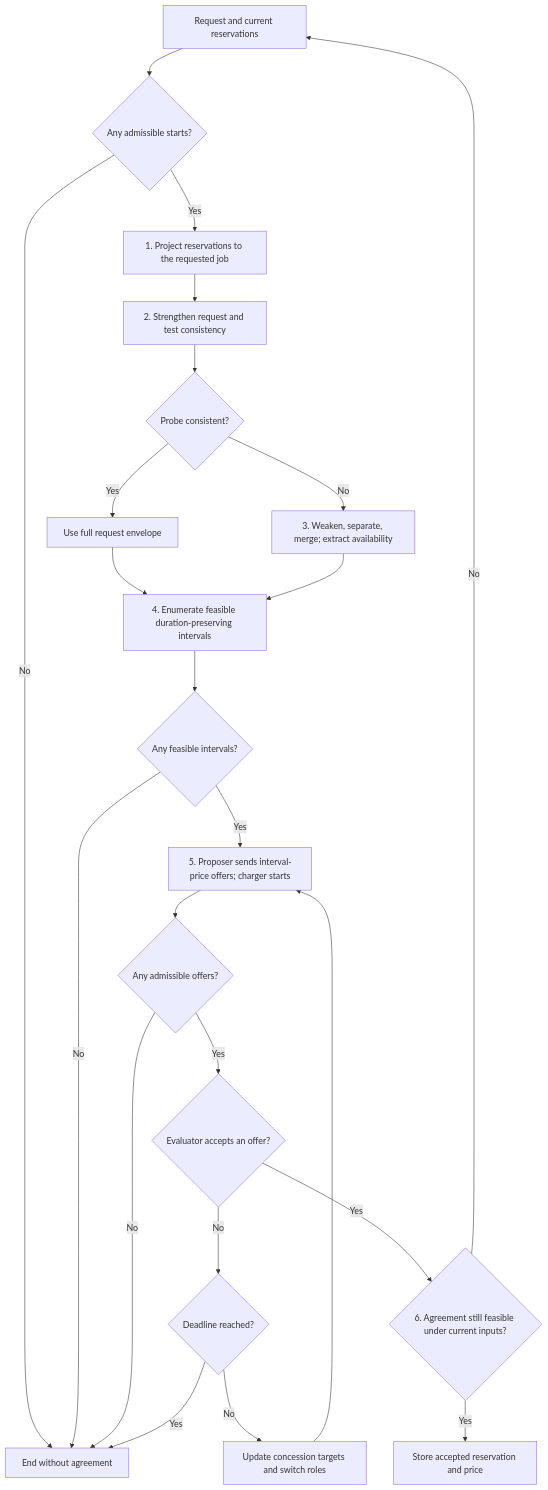
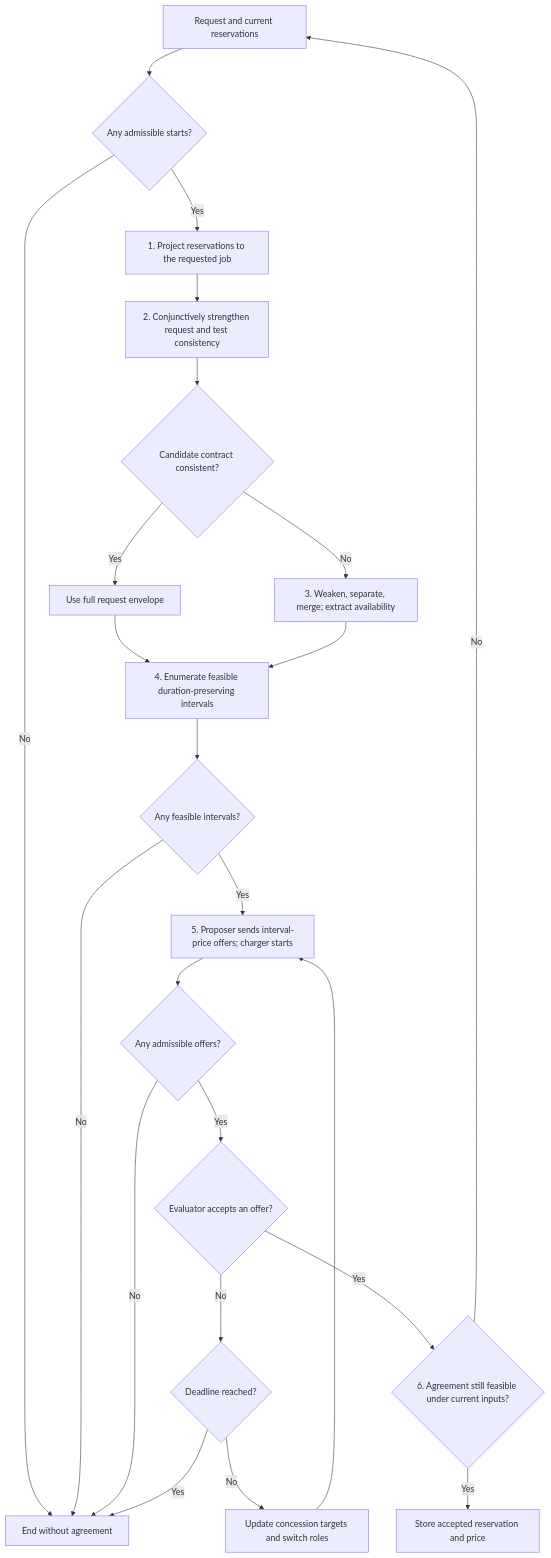
Before and after one commit to kaarmu/ecc27-bla: the first of 2 diagrams in PROTOCOL.md, drawn with Mermaid. The commit also changed other lines of this file, not shown here.

````diff
--- a/PROTOCOL.md
+++ b/PROTOCOL.md
@@ -26,25 +26,25 @@
 ```mermaid
 flowchart TD
     Input["Request and current reservations"] --> Starts{"Any admissible starts?"}
     Starts -- No --> Stop["End without agreement"]
     Starts -- Yes --> Project["1. Project reservations to the requested job"]
-    Project --> Probe["2. Strengthen request and test consistency"]
-    Probe --> Consistent{"Probe consistent?"}
+    Project --> Strengthen["2. Conjunctively strengthen request and test consistency"]
+    Strengthen --> Consistent{"Candidate contract consistent?"}
     Consistent -- Yes --> Full["Use full request envelope"]
     Consistent -- No --> Repair["3. Weaken, separate, merge; extract availability"]
     Full --> Concrete["4. Enumerate feasible duration-preserving intervals"]
     Repair --> Concrete
     Concrete --> Feasible{"Any feasible intervals?"}
     Feasible -- No --> Stop
     Feasible -- Yes --> Bargain["5. Proposer sends interval-price offers; charger starts"]
     Bargain --> Offers{"Any admissible offers?"}
     Offers -- No --> Stop
     Offers -- Yes --> Accept{"Evaluator accepts an offer?"}
     Accept -- No --> Deadline{"Deadline reached?"}
     Deadline -- Yes --> Stop
     Deadline -- No --> Switch["Update concession targets and switch roles"]
     Switch --> Bargain
     Accept -- Yes --> Valid{"6. Agreement still feasible under current inputs?"}
     Valid -- No --> Input
     Valid -- Yes --> Commit["Store accepted reservation and price"]
 ```
````
